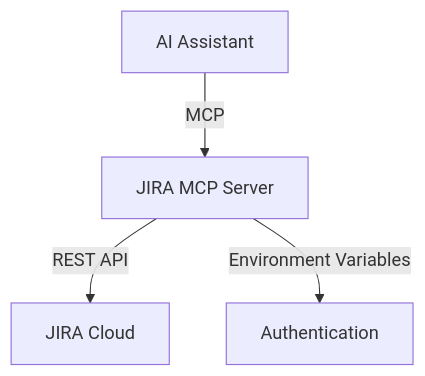
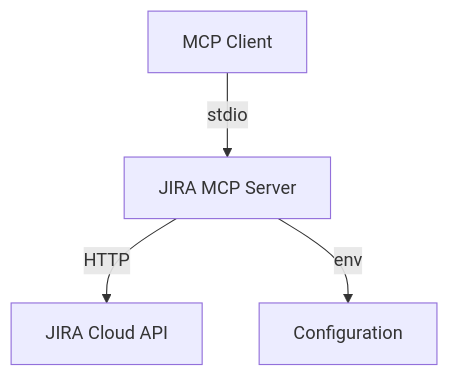
Before and after one commit to kajiken/mcp-servers: the first of 3 diagrams in docs/design_docs/jira-mcp-server.md, drawn with Mermaid. The commit also changed other lines of this file, not shown here.

First line of the commit message:
Update JIRA MCP Server Design Document

````diff
--- a/docs/design_docs/jira-mcp-server.md
+++ b/docs/design_docs/jira-mcp-server.md
@@ -32,6 +26,6 @@
 ```mermaid
 graph TD
-    A[AI Assistant] -->|MCP| B[JIRA MCP Server]
-    B -->|REST API| C[JIRA Cloud]
-    B -->|Environment Variables| D[Authentication]
+    A[MCP Client] -->|stdio| B[JIRA MCP Server]
+    B -->|HTTP| C[JIRA Cloud API]
+    B -->|env| D[Configuration]
 ```
````
